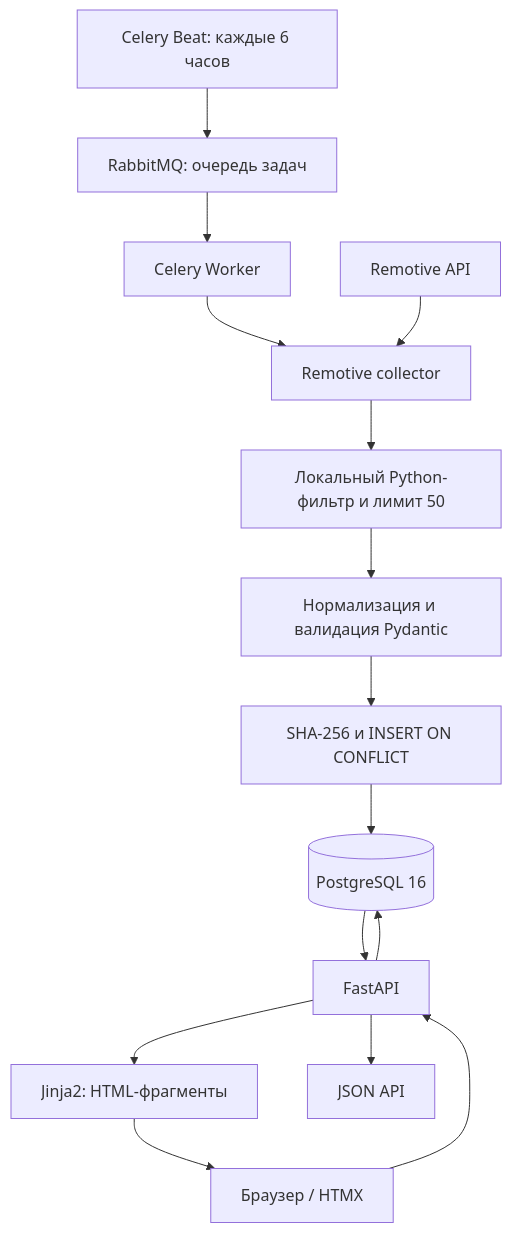
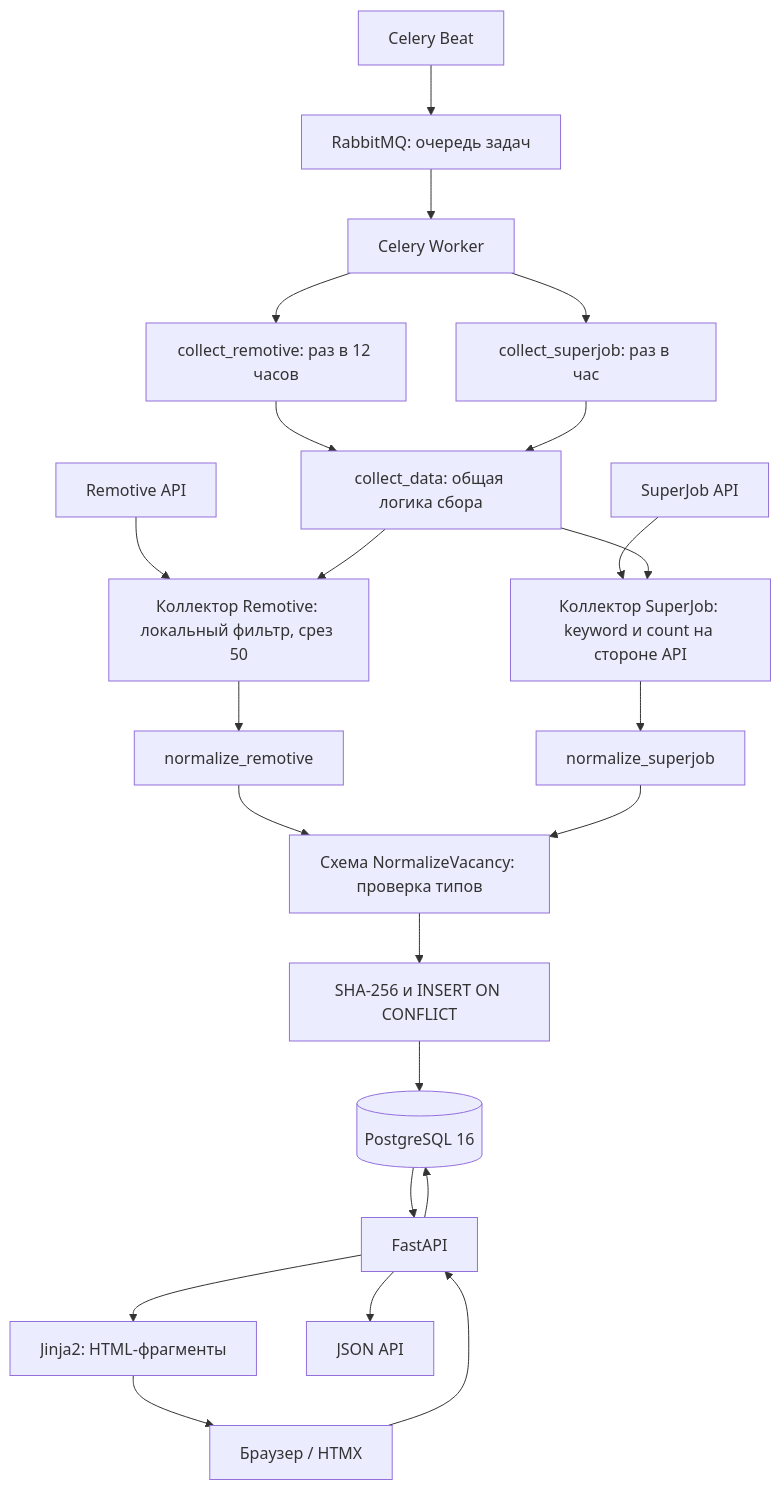
Before and after one commit to Timir-UR/career-radar: the diagram in README.md, drawn with Mermaid. The commit also changed other lines of this file and 2 other files, not shown here.

````diff
--- a/README.md
+++ b/README.md
@@ -19,17 +22,33 @@
 ```mermaid
 flowchart TD
-    Beat[Celery Beat: каждые 6 часов] --> MQ[RabbitMQ: очередь задач]
+    Beat[Celery Beat] --> MQ[RabbitMQ: очередь задач]
     MQ --> Worker[Celery Worker]
-    Worker --> Collector[Remotive collector]
-    Remotive[Remotive API] --> Collector
-    Collector --> Filter[Локальный Python-фильтр и лимит 50]
-    Filter --> Normalizer[Нормализация и валидация Pydantic]
-    Normalizer --> Storage[SHA-256 и INSERT ON CONFLICT]
+
+    Worker --> TaskR[collect_remotive: раз в 12 часов]
+    Worker --> TaskS[collect_superjob: раз в час]
+
+    TaskR --> Common[collect_data: общая логика сбора]
+    TaskS --> Common
+
+    RemotiveAPI[Remotive API] --> CollR[Коллектор Remotive: локальный фильтр, срез 50]
+    SuperjobAPI[SuperJob API] --> CollS[Коллектор SuperJob: keyword и count на стороне API]
+
+    Common --> CollR
+    Common --> CollS
+
+    CollR --> NormR[normalize_remotive]
+    CollS --> NormS[normalize_superjob]
+
+    NormR --> Schema[Схема NormalizeVacancy: проверка типов]
+    NormS --> Schema
+
+    Schema --> Storage[SHA-256 и INSERT ON CONFLICT]
     Storage --> DB[(PostgreSQL 16)]
+
     Browser[Браузер / HTMX] --> API[FastAPI]
     API --> DB
     DB --> API
     API --> Templates[Jinja2: HTML-фрагменты]
     Templates --> Browser
     API --> JSON[JSON API]
 ```
````
